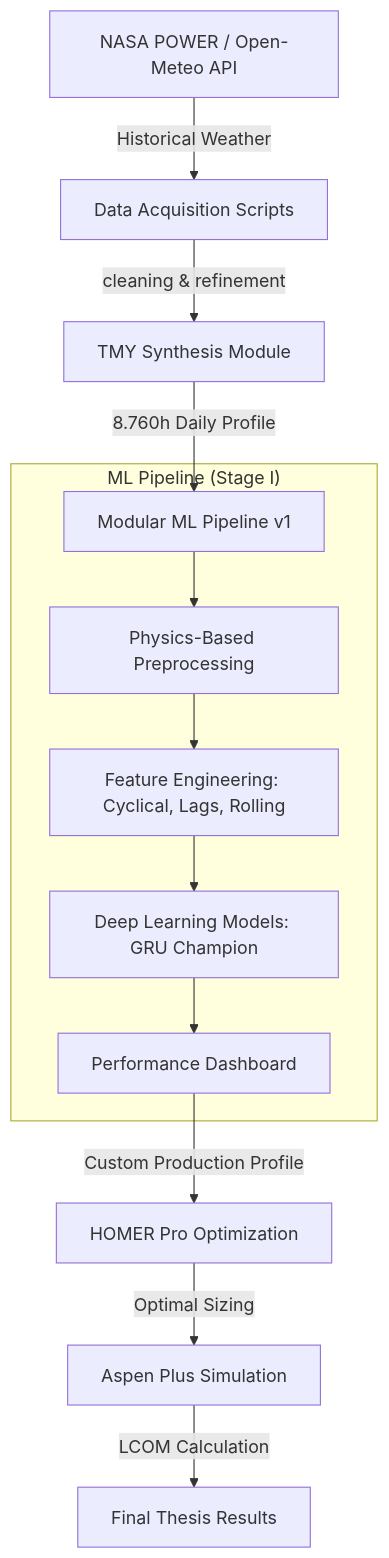
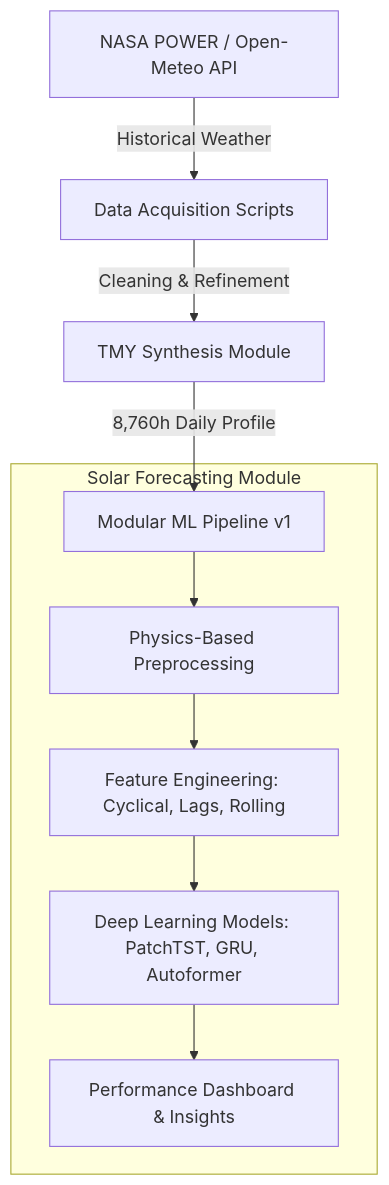
Before and after one commit to Saykojay/SolarForecasting: the diagram in README.md, drawn with Mermaid. The commit also changed other lines of this file and 2 other files, not shown here.

Commit message:
refactor: specialize repository for solar power forecasting and remove non-module thesis files

````diff
--- a/README.md
+++ b/README.md
@@ -24,17 +23,13 @@
 ```mermaid
 graph TD
     A[NASA POWER / Open-Meteo API] -->|Historical Weather| B[Data Acquisition Scripts]
-    B -->|cleaning & refinement| C[TMY Synthesis Module]
-    C -->|8.760h Daily Profile| D[Modular ML Pipeline v1]
+    B -->|Cleaning & Refinement| C[TMY Synthesis Module]
+    C -->|8,760h Daily Profile| D[Modular ML Pipeline v1]
     
-    subgraph "ML Pipeline (Stage I)"
+    subgraph "Solar Forecasting Module"
     D --> E[Physics-Based Preprocessing]
     E --> F[Feature Engineering: Cyclical, Lags, Rolling]
-    F --> G[Deep Learning Models: GRU Champion]
-    G --> H[Performance Dashboard]
+    F --> G[Deep Learning Models: PatchTST, GRU, Autoformer]
+    G --> H[Performance Dashboard & Insights]
     end
-    
-    H -->|Custom Production Profile| I[HOMER Pro Optimization]
-    I -->|Optimal Sizing| J[Aspen Plus Simulation]
-    J -->|LCOM Calculation| K[Final Thesis Results]
 ```
````
